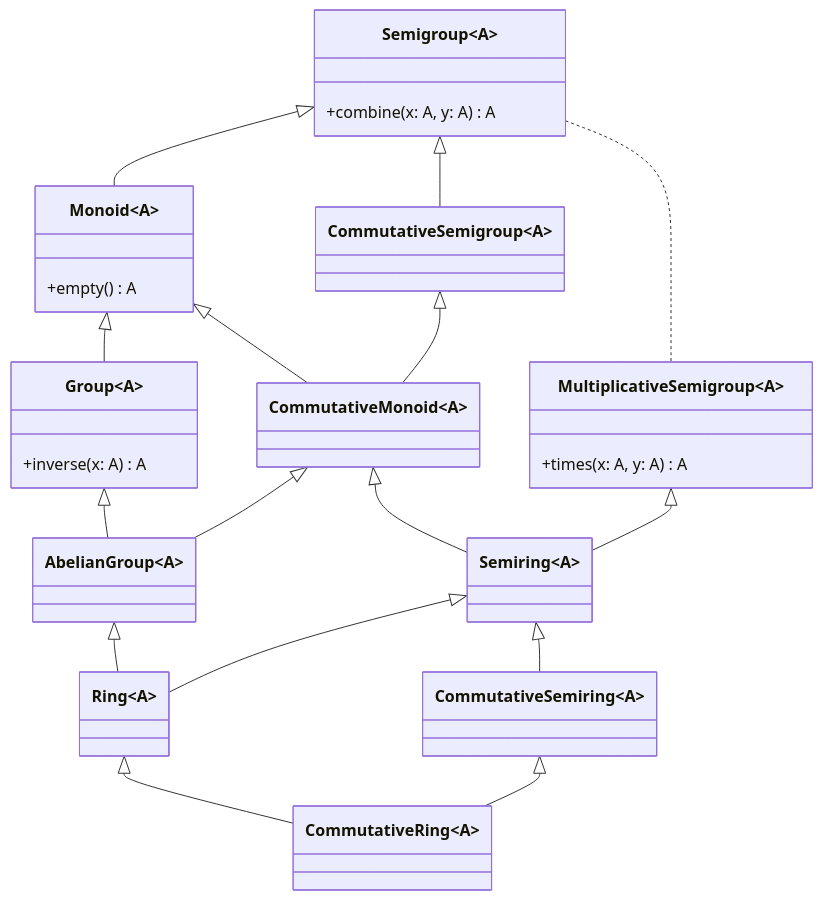
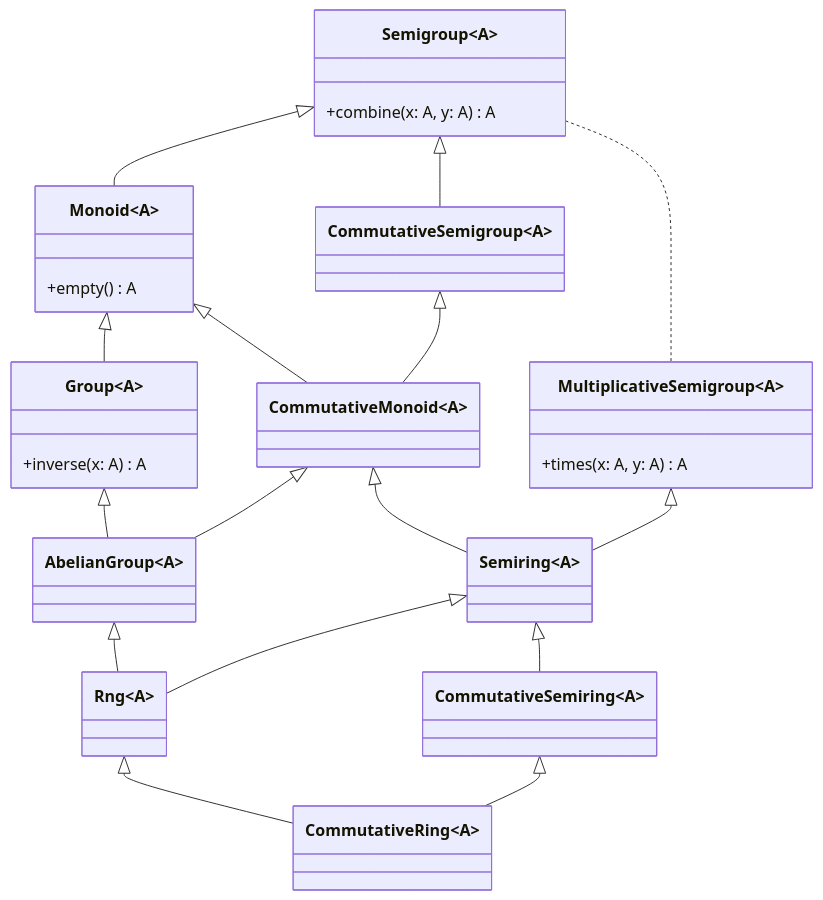
Before and after one commit to artemkorsakov/scalabook: the diagram in docs/typeclass/monoid/cring.md, drawn with Mermaid. The commit also changed other lines of this file and 8 other files, not shown here.

````diff
--- a/docs/typeclass/monoid/cring.md
+++ b/docs/typeclass/monoid/cring.md
@@ -42,37 +42,37 @@
 ```mermaid
 classDiagram
     class Semigroup~A~{
         +combine(x: A, y: A) A
     }  
     class Monoid~A~{
         +empty() A
     }
     Semigroup <|-- Monoid
     class CommutativeSemigroup~A~
     Semigroup <|-- CommutativeSemigroup  
     class Group~A~{
       +inverse(x: A) A
     }  
     Monoid <|-- Group 
     class CommutativeMonoid~A~
     Monoid <|-- CommutativeMonoid
     CommutativeSemigroup <|-- CommutativeMonoid
     class AbelianGroup~A~
     Group <|-- AbelianGroup
     CommutativeMonoid <|-- AbelianGroup
     class Semiring~A~
     CommutativeMonoid <|-- Semiring
     class MultiplicativeSemigroup~A~{
         +times(x: A, y: A) A
     }
     MultiplicativeSemigroup <|-- Semiring
     Semigroup .. MultiplicativeSemigroup
-    class Ring~A~
-    AbelianGroup <|-- Ring
-    Semiring <|-- Ring
+    class Rng~A~
+    AbelianGroup <|-- Rng
+    Semiring <|-- Rng
     class CommutativeSemiring~A~
     Semiring <|-- CommutativeSemiring
     class CommutativeRing~A~
-    Ring <|-- CommutativeRing
+    Rng <|-- CommutativeRing
     CommutativeSemiring <|-- CommutativeRing
 ```
````
